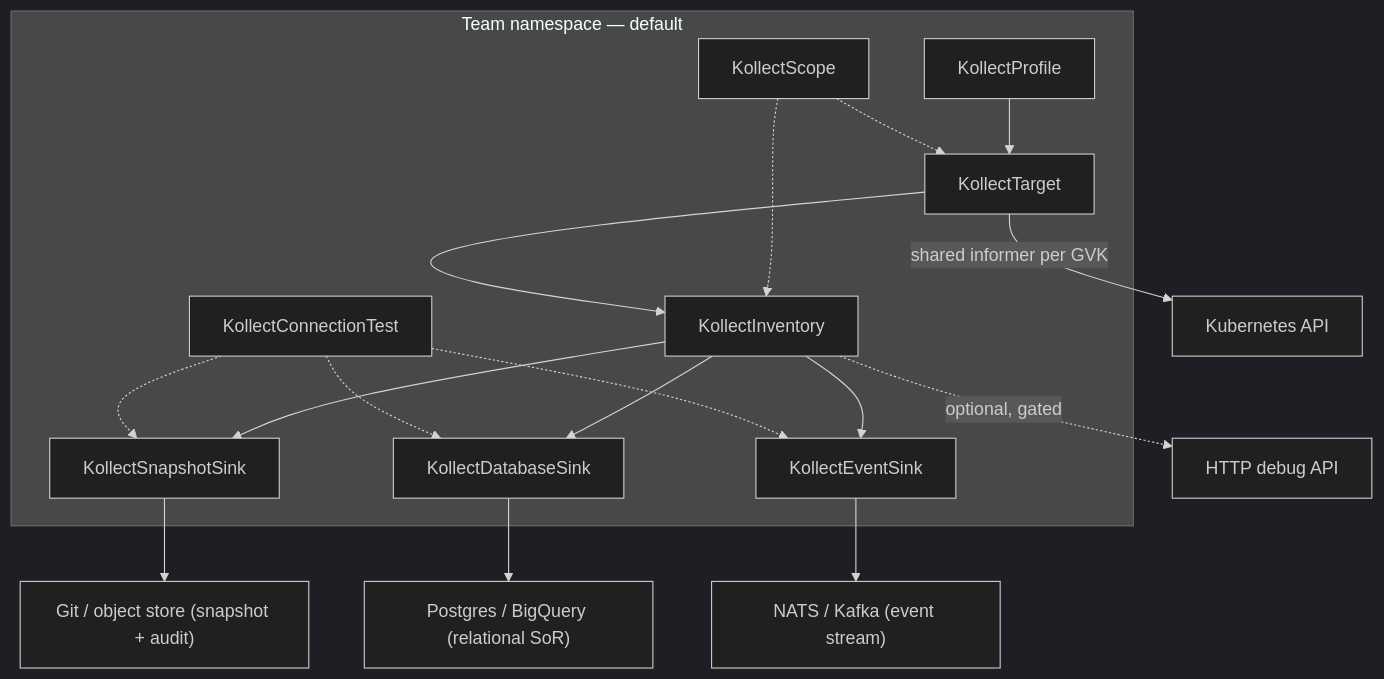
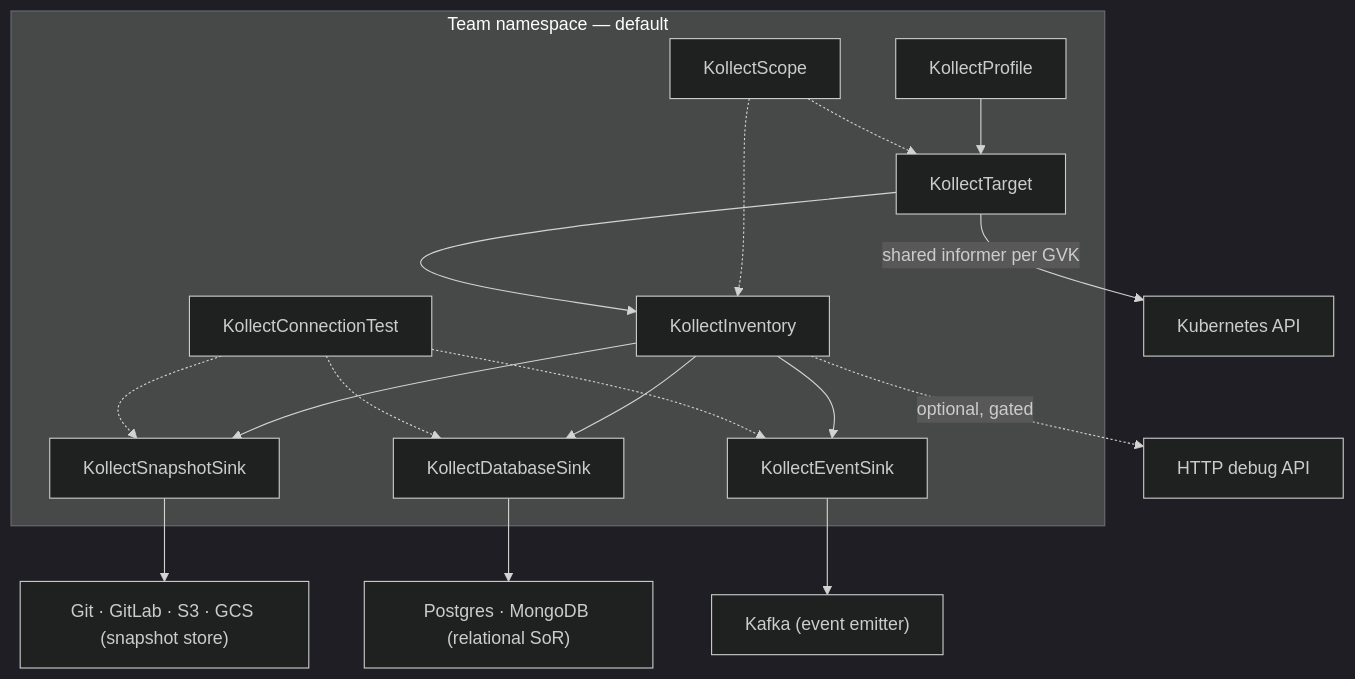
The first of 2 diagrams in docs/ARCHITECTURE.md (PlatformRelay/Kollect), drawn with Mermaid (dark theme) before and after one commit. The commit also changed other lines of this file and 16 other files, not shown here.

````diff
--- a/docs/ARCHITECTURE.md
+++ b/docs/ARCHITECTURE.md
@@ -41,29 +41,29 @@
 ```mermaid
 flowchart TD
   subgraph teamNs [Team namespace — default]
     Profile["KollectProfile"]
     Snap["KollectSnapshotSink"]
     Db["KollectDatabaseSink"]
     Ev["KollectEventSink"]
     Scope["KollectScope"]
     Target["KollectTarget"]
     Inv["KollectInventory"]
     ConnTest["KollectConnectionTest"]
   end
 
   Profile --> Target
   Scope -.-> Target
   Scope -.-> Inv
   Target -->|"shared informer per GVK"| K8s["Kubernetes API"]
   Target --> Inv
   Inv --> Snap
   Inv --> Db
   Inv --> Ev
   ConnTest -.-> Snap
   ConnTest -.-> Db
   ConnTest -.-> Ev
-  Db --> DB["Postgres / BigQuery (relational SoR)"]
-  Ev --> Stream["NATS / Kafka (event stream)"]
-  Snap --> Git["Git / object store (snapshot + audit)"]
+  Db --> DB["Postgres · MongoDB (relational SoR)"]
+  Ev --> Stream["Kafka (event emitter)"]
+  Snap --> Git["Git · GitLab · S3 · GCS (snapshot store)"]
   Inv -.->|"optional, gated"| HTTP["HTTP debug API"]
 ```
````
